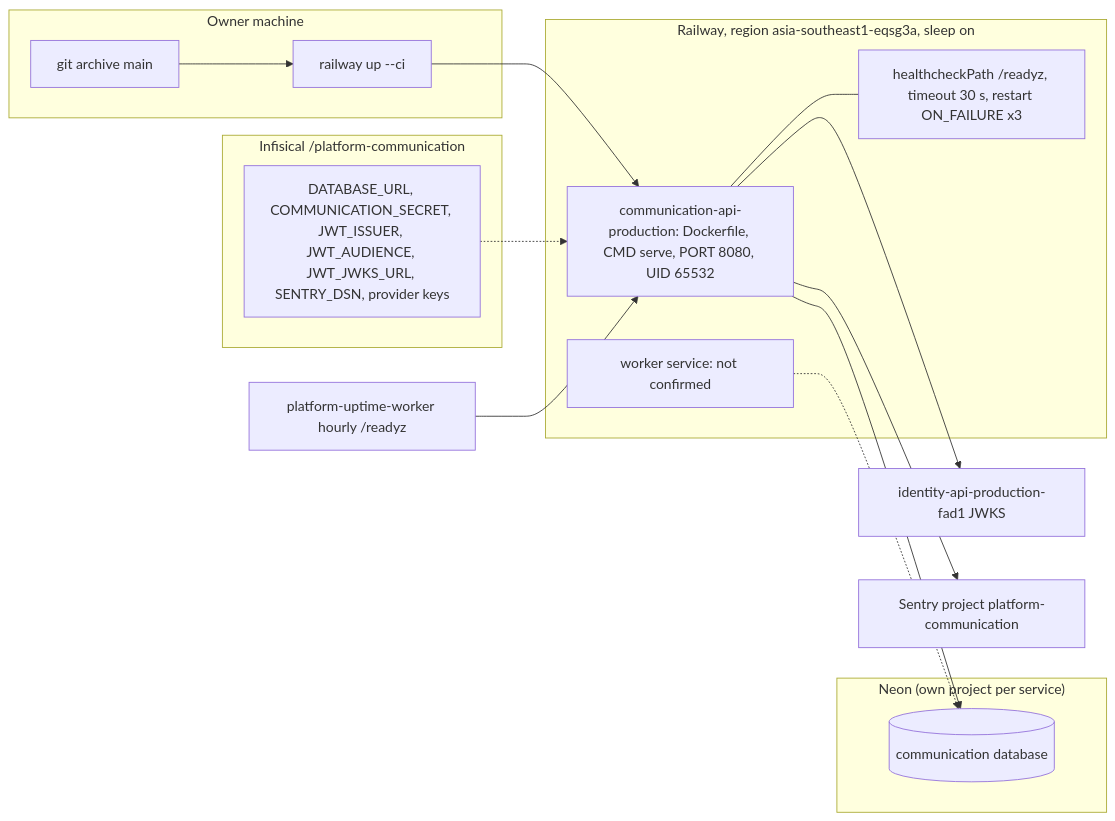
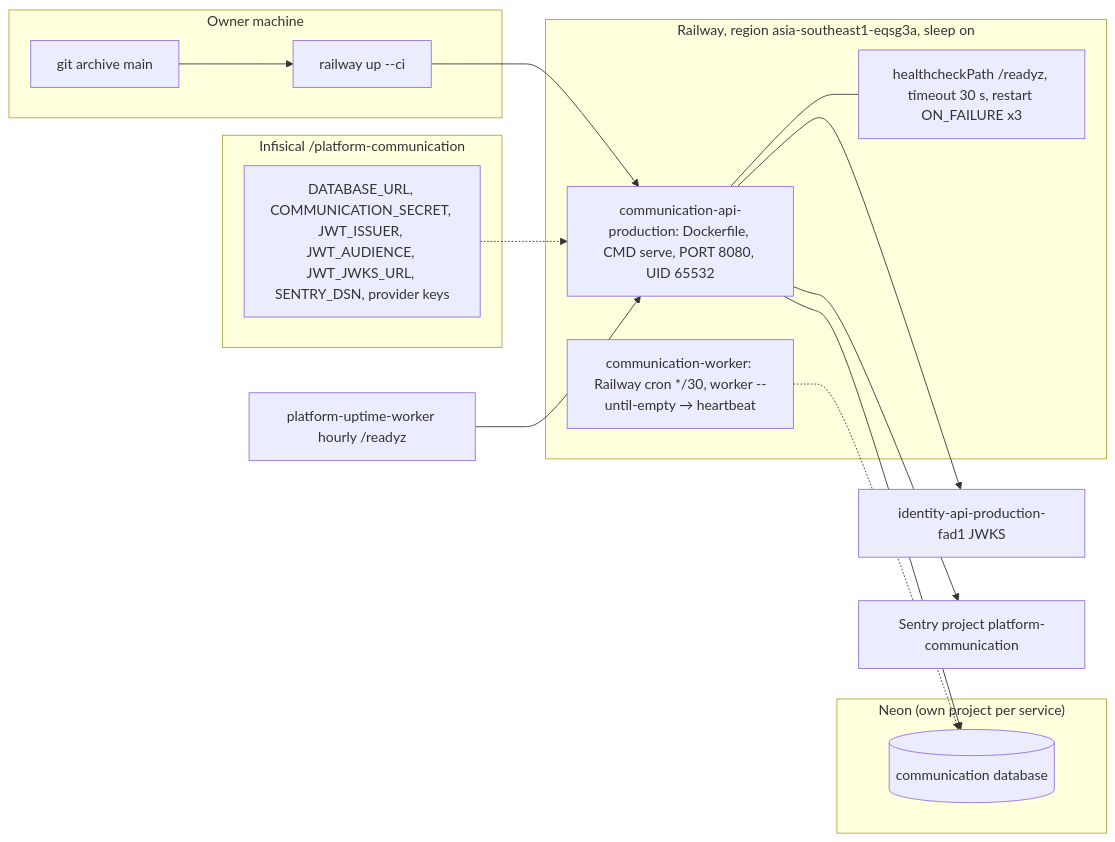
Before and after one commit to bookchaowalit-backend/platform-communication: the diagram in docs/diagrams/16-deployment.md, drawn with Mermaid. The commit also changed 8 other files, not shown here.

First line of the commit message:
feat(worker): post an uptime heartbeat from the cron worker; docs say hosted

````diff
--- a/docs/diagrams/16-deployment.md
+++ b/docs/diagrams/16-deployment.md
@@ -3,25 +3,25 @@
 ```mermaid
 flowchart LR
   subgraph DEV["Owner machine"]
     GA["git archive main"] --> RU["railway up --ci"]
   end
   subgraph RW["Railway, region asia-southeast1-eqsg3a, sleep on"]
     SVC["communication-api-production: Dockerfile, CMD serve, PORT 8080, UID 65532"]
     HC["healthcheckPath /readyz, timeout 30 s, restart ON_FAILURE x3"]
-    WRK["worker service: not confirmed"]
+    WRK["communication-worker: Railway cron */30, worker --until-empty → heartbeat"]
   end
   subgraph NEON["Neon (own project per service)"]
     DB[("communication database")]
   end
   subgraph SEC["Infisical /platform-communication"]
     ENV["DATABASE_URL, COMMUNICATION_SECRET, JWT_ISSUER, JWT_AUDIENCE, JWT_JWKS_URL, SENTRY_DSN, provider keys"]
   end
   RU --> SVC
   SVC --- HC
   SVC --> DB
   WRK -.-> DB
   ENV -.-> SVC
   SVC --> IDP["identity-api-production-fad1 JWKS"]
   SVC --> SEN["Sentry project platform-communication"]
   UP["platform-uptime-worker hourly /readyz"] --> SVC
 ```
````
